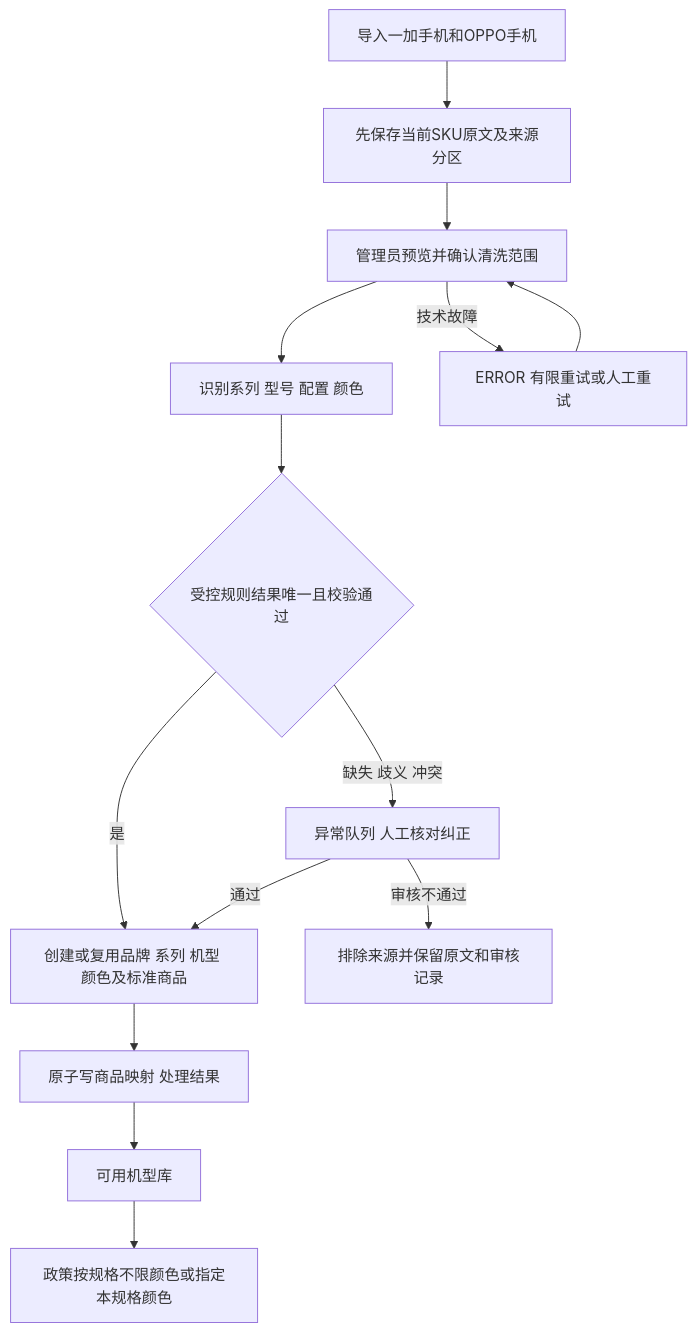
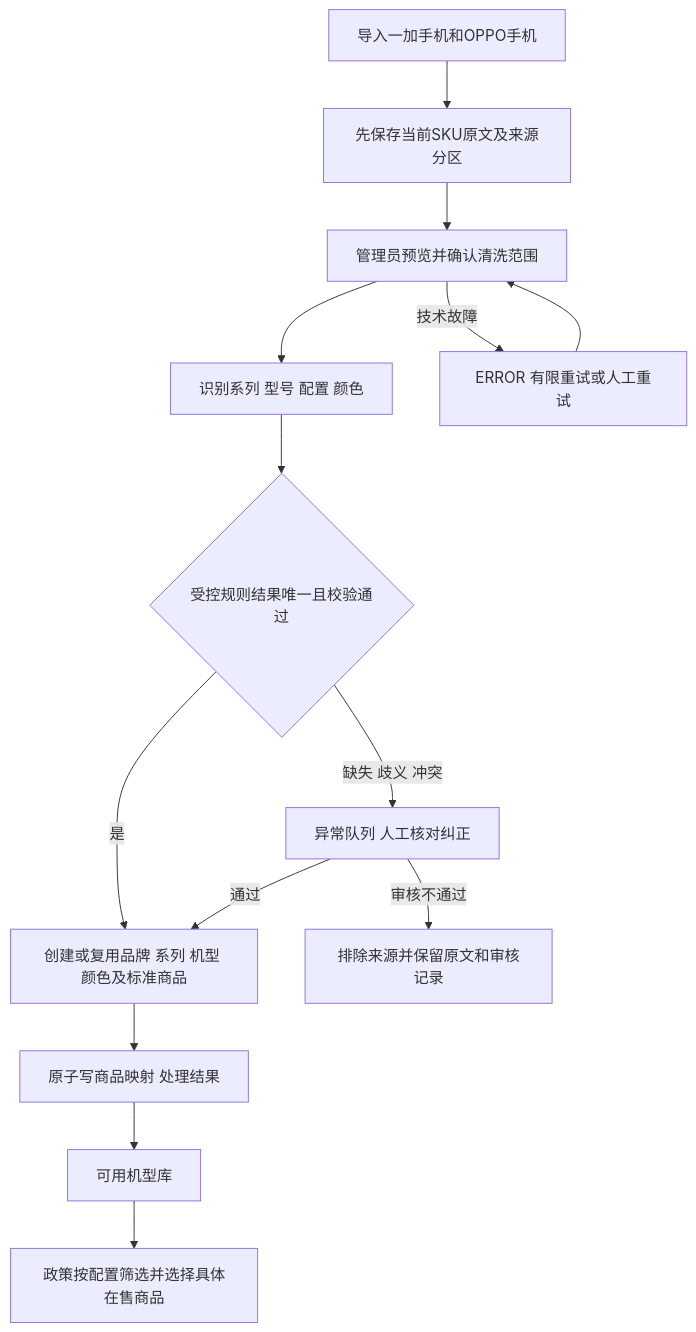
The diagram in docs/business/catalog-cleaning.md (szhi1488/differentiated-policy), drawn with Mermaid before and after one commit. The commit also changed other lines of this file and 69 other files, not shown here.

````diff
--- a/docs/business/catalog-cleaning.md
+++ b/docs/business/catalog-cleaning.md
@@ -7,16 +7,16 @@
 ```mermaid
 flowchart TD
     I[导入一加手机和OPPO手机] --> R[先保存当前SKU原文及来源分区]
     R --> Q[管理员预览并确认清洗范围]
     Q --> C[识别系列 型号 配置 颜色]
     C --> V{受控规则结果唯一且校验通过}
     V -->|是| A[创建或复用品牌 系列 机型 颜色及标准商品]
     V -->|缺失 歧义 冲突| H[异常队列 人工核对纠正]
     H -->|通过| A
     H -->|审核不通过| E[排除来源并保留原文和审核记录]
     A --> M[原子写商品映射 处理结果]
     M --> P[可用机型库]
-    P --> F[政策按规格不限颜色或指定本规格颜色]
+    P --> F[政策按配置筛选并选择具体在售商品]
     Q -->|技术故障| T[ERROR 有限重试或人工重试]
     T --> Q
 ```
````
